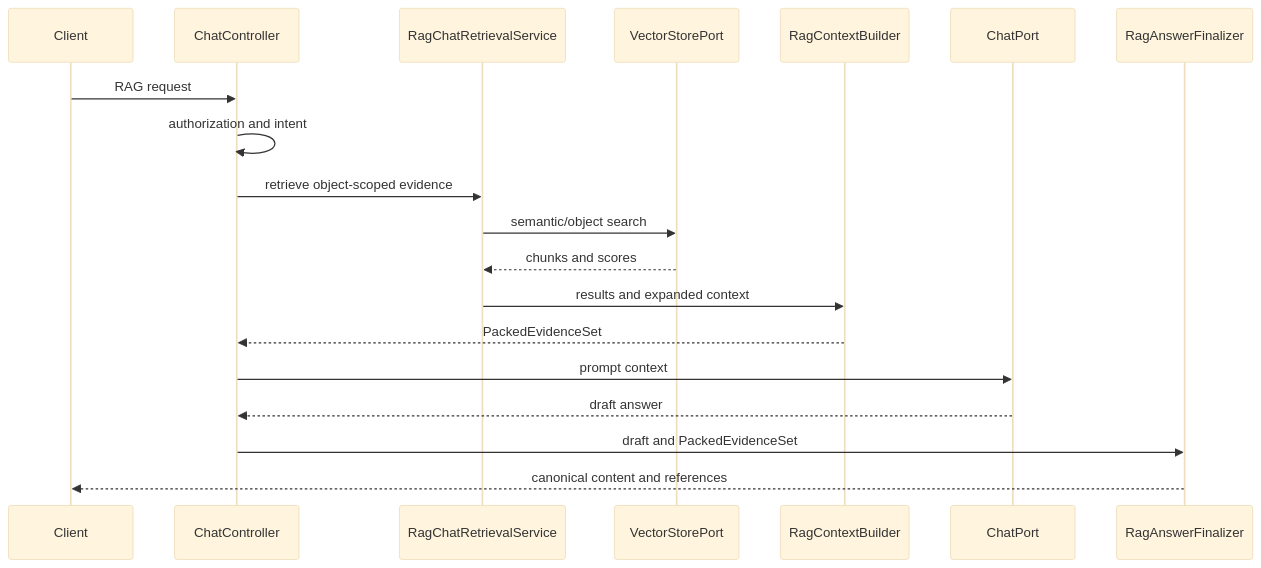
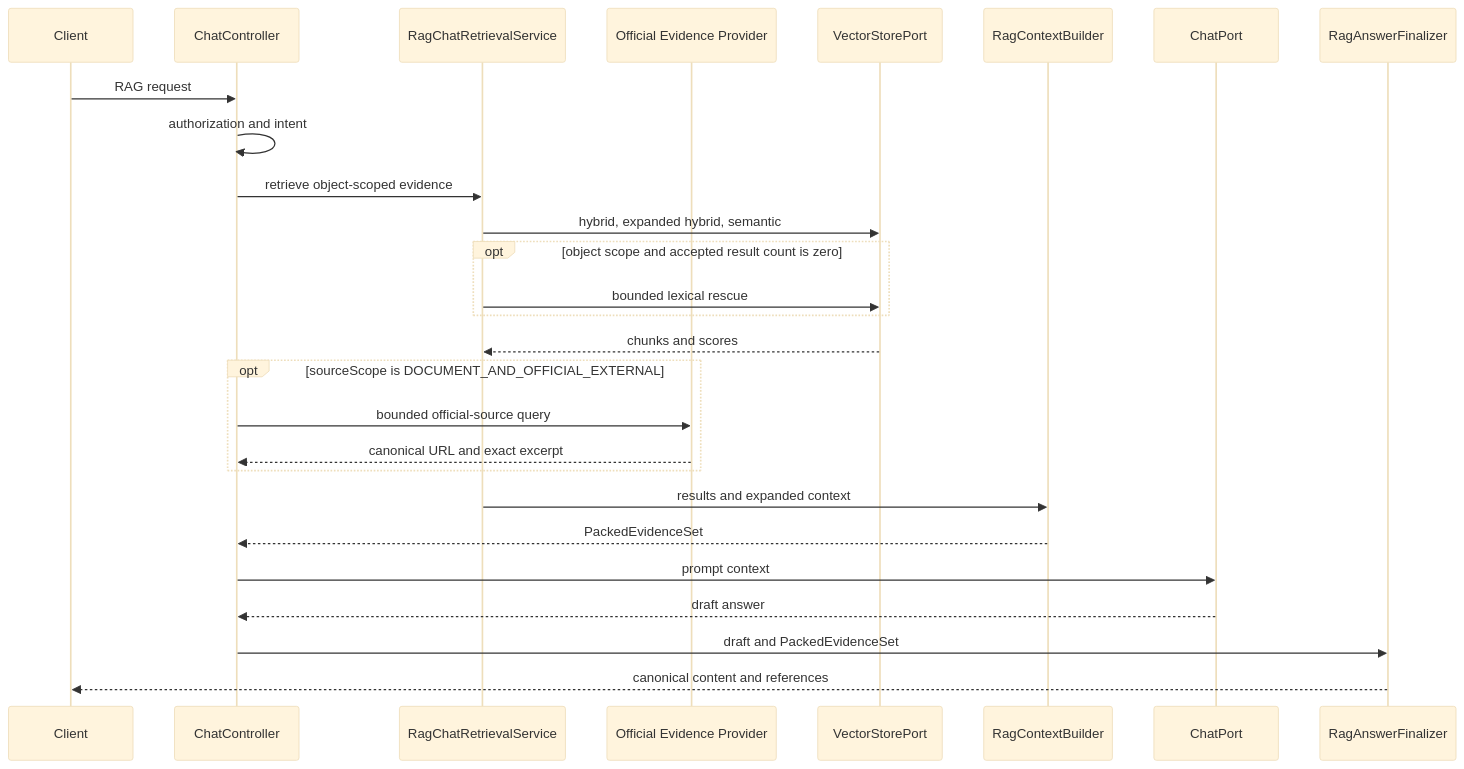
One commit to donghyuck/studio-api changed the diagram in docs/ai-rag/grounded-chat.md. Above: the diagram before and after it, drawn with Mermaid (base theme). The commit also changed other lines of this file and 211 other files, not shown here.

````diff
--- a/docs/ai-rag/grounded-chat.md
+++ b/docs/ai-rag/grounded-chat.md
@@ -8,22 +8,30 @@
 ```mermaid
 sequenceDiagram
     participant Client
     participant Chat as ChatController
     participant Retrieval as RagChatRetrievalService
+    participant External as Official Evidence Provider
     participant Vector as VectorStorePort
     participant Pack as RagContextBuilder
     participant Model as ChatPort
     participant Final as RagAnswerFinalizer
 
     Client->>Chat: RAG request
     Chat->>Chat: authorization and intent
     Chat->>Retrieval: retrieve object-scoped evidence
-    Retrieval->>Vector: semantic/object search
+    Retrieval->>Vector: hybrid, expanded hybrid, semantic
+    opt object scope and accepted result count is zero
+        Retrieval->>Vector: bounded lexical rescue
+    end
     Vector-->>Retrieval: chunks and scores
+    opt sourceScope is DOCUMENT_AND_OFFICIAL_EXTERNAL
+        Chat->>External: bounded official-source query
+        External-->>Chat: canonical URL and exact excerpt
+    end
     Retrieval->>Pack: results and expanded context
     Pack-->>Chat: PackedEvidenceSet
     Chat->>Model: prompt context
     Model-->>Chat: draft answer
     Chat->>Final: draft and PackedEvidenceSet
     Final-->>Client: canonical content and references
 ```
````
